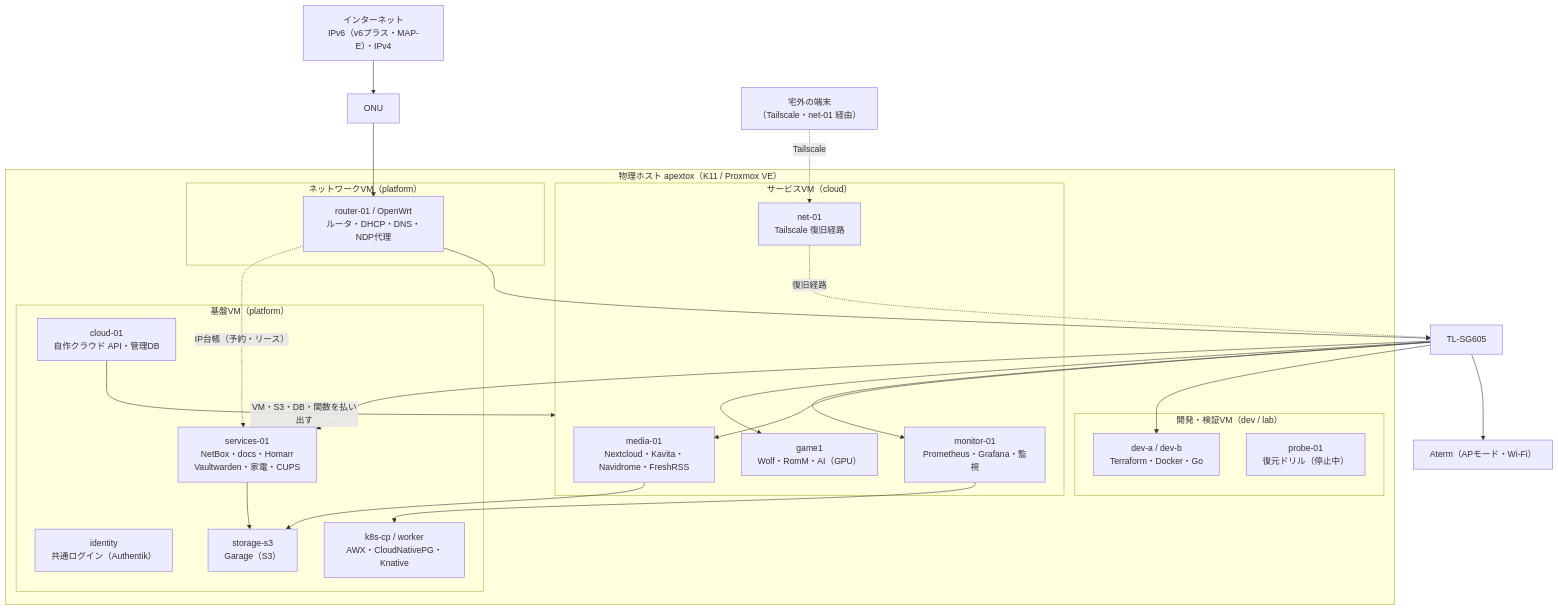
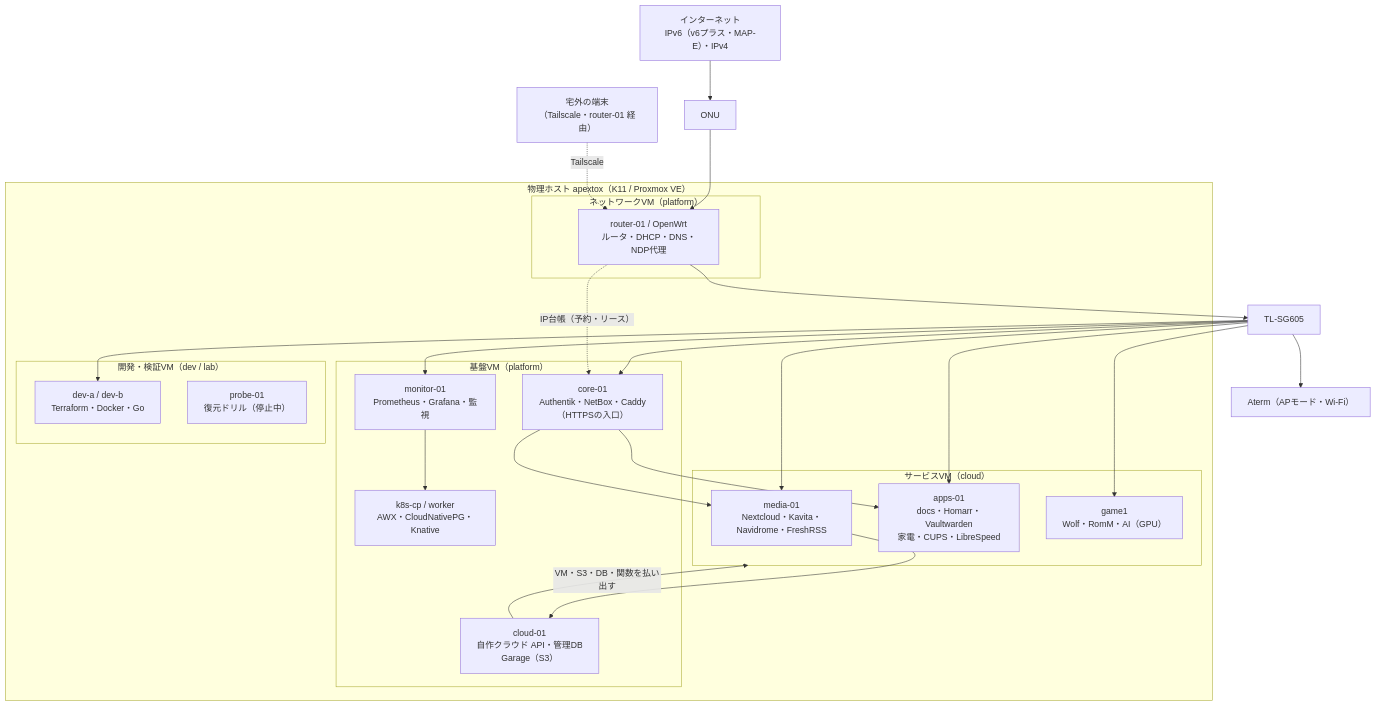
The diagram in docs/architecture/diagrams/overview.mmd (rurutheGeek/shake-cloud), drawn with Mermaid before and after one commit. The commit also changed 67 other files, not shown here.

```diff
--- a/docs/architecture/diagrams/overview.mmd
+++ b/docs/architecture/diagrams/overview.mmd
@@ -1,45 +1,44 @@
 flowchart TB
   internet["インターネット<br/>IPv6（v6プラス・MAP-E）・IPv4"]
   onu["ONU"]
-  remote["宅外の端末<br/>（Tailscale・net-01 経由）"]
+  remote["宅外の端末<br/>（Tailscale・router-01 経由）"]
 
   subgraph host["物理ホスト apextox（K11 / Proxmox VE）"]
     subgraph netvm["ネットワークVM（platform）"]
       router["router-01 / OpenWrt<br/>ルータ・DHCP・DNS・NDP代理"]
     end
     subgraph infra["基盤VM（platform）"]
-      identity["identity<br/>共通ログイン（Authentik）"]
-      cloud01["cloud-01<br/>自作クラウド API・管理DB"]
-      services01["services-01<br/>NetBox・docs・Homarr<br/>Vaultwarden・家電・CUPS"]
-      storage["storage-s3<br/>Garage（S3）"]
+      core01["core-01<br/>Authentik・NetBox・Caddy（HTTPSの入口）"]
+      cloud01["cloud-01<br/>自作クラウド API・管理DB<br/>Garage（S3）"]
+      monitor["monitor-01<br/>Prometheus・Grafana・監視"]
       k8s["k8s-cp / worker<br/>AWX・CloudNativePG・Knative"]
     end
     subgraph svcpool["サービスVM（cloud）"]
       media["media-01<br/>Nextcloud・Kavita・Navidrome・FreshRSS"]
-      monitor["monitor-01<br/>Prometheus・Grafana・監視"]
+      apps["apps-01<br/>docs・Homarr・Vaultwarden<br/>家電・CUPS・LibreSpeed"]
       game["game1<br/>Wolf・RomM・AI（GPU）"]
-      net01["net-01<br/>Tailscale 復旧経路"]
     end
     subgraph devpool["開発・検証VM（dev / lab）"]
       dev["dev-a / dev-b<br/>Terraform・Docker・Go"]
       probe["probe-01<br/>復元ドリル（停止中）"]
     end
   end
   switch["TL-SG605"]
   aterm["Aterm（APモード・Wi-Fi）"]
 
   internet --> onu --> router
   router --> switch
   switch --> aterm
-  switch --> services01
+  switch --> core01
+  switch --> apps
   switch --> media
   switch --> monitor
   switch --> game
   switch --> dev
-  remote -. Tailscale .-> net01
-  net01 -. 復旧経路 .-> switch
+  remote -. Tailscale .-> router
   cloud01 -- "VM・S3・DB・関数を払い出す" --> svcpool
-  services01 --> storage
-  media --> storage
+  core01 --> apps
+  core01 --> media
+  media --> cloud01
   monitor --> k8s
-  router -. "IP台帳（予約・リース）" .-> services01
+  router -. "IP台帳（予約・リース）" .-> core01
```
